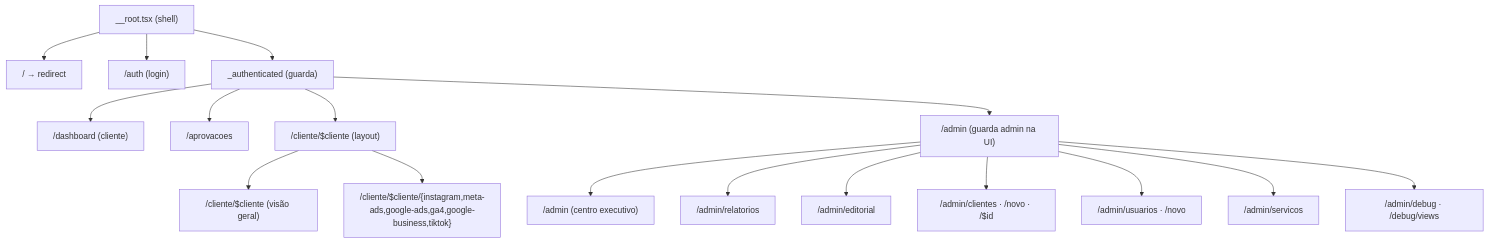
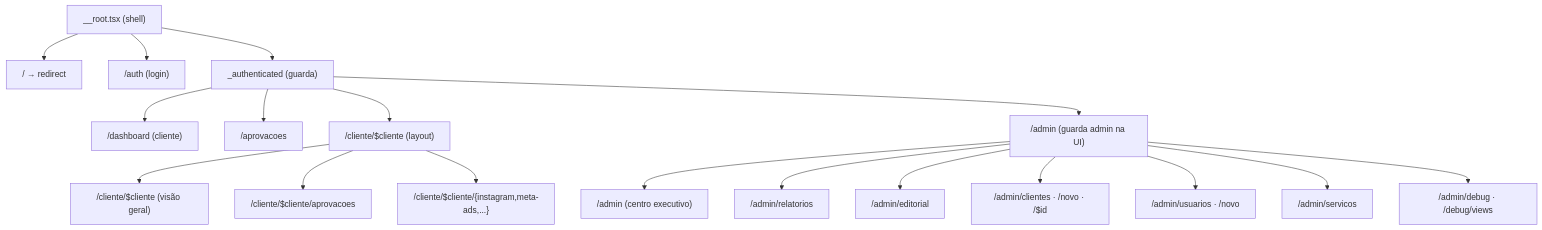
One commit to Lotus-ofc/supabase-magic-portal changed the first of 2 diagrams in docs/05-frontend/routing.md. Above: the diagram before and after it, drawn with Mermaid. The commit also changed other lines of this file and 26 other files, not shown here.

````diff
--- a/docs/05-frontend/routing.md
+++ b/docs/05-frontend/routing.md
@@ -22,21 +22,22 @@
 ```mermaid
 flowchart TD
     root["__root.tsx (shell)"] --> idx["/ → redirect"]
     root --> auth["/auth (login)"]
     root --> authed["_authenticated (guarda)"]
 
     authed --> dash["/dashboard (cliente)"]
     authed --> aprov["/aprovacoes"]
     authed --> cli["/cliente/$cliente (layout)"]
     cli --> cliIdx["/cliente/$cliente (visão geral)"]
-    cli --> cliPlat["/cliente/$cliente/{instagram,meta-ads,google-ads,ga4,google-business,tiktok}"]
+    cli --> cliAprov["/cliente/$cliente/aprovacoes"]
+    cli --> cliPlat["/cliente/$cliente/{instagram,meta-ads,...}"]
 
     authed --> admin["/admin (guarda admin na UI)"]
     admin --> admIdx["/admin (centro executivo)"]
     admin --> admRel["/admin/relatorios"]
     admin --> admEd["/admin/editorial"]
     admin --> admCli["/admin/clientes · /novo · /$id"]
     admin --> admUsr["/admin/usuarios · /novo"]
     admin --> admSrv["/admin/servicos"]
     admin --> admDbg["/admin/debug · /debug/views"]
 ```
````
